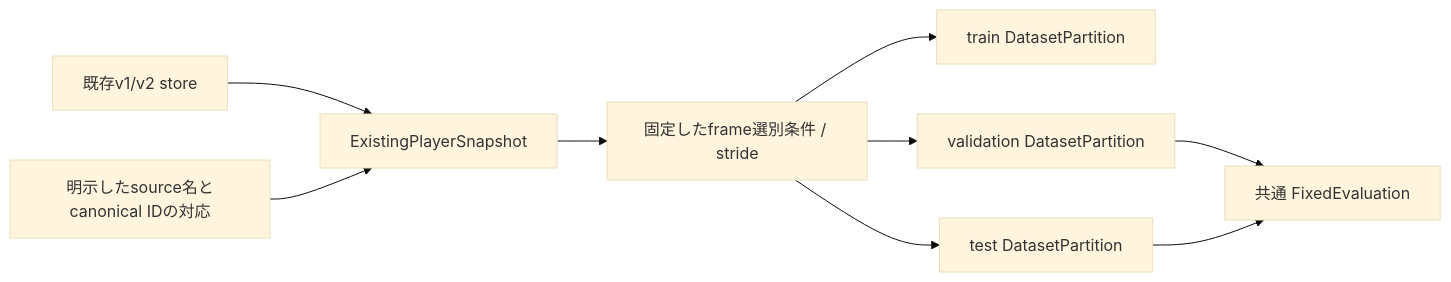
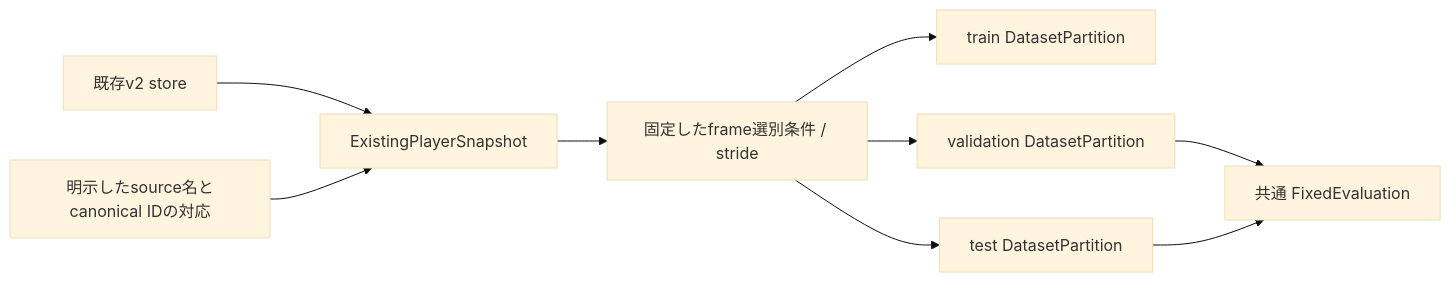
One commit to Motoki0705/tennis-lab changed the diagram in src/tasks/player_detection/data/snapshots/README.md. Above: the diagram before and after it, drawn with Mermaid (base theme). The commit also changed other lines of this file and 9 other files, not shown here.

````diff
--- a/src/tasks/player_detection/data/snapshots/README.md
+++ b/src/tasks/player_detection/data/snapshots/README.md
@@ -7,11 +7,11 @@
 ```mermaid
 flowchart LR
-    D[既存v1/v2 store] --> S[ExistingPlayerSnapshot]
+    D[既存v2 store] --> S[ExistingPlayerSnapshot]
     M[明示したsource名とcanonical IDの対応] --> S
     S --> P[固定したframe選別条件 / stride]
     P --> T[train DatasetPartition]
     P --> V[validation DatasetPartition]
     P --> E[test DatasetPartition]
     V --> F[共通 FixedEvaluation]
     E --> F
 ```
````
